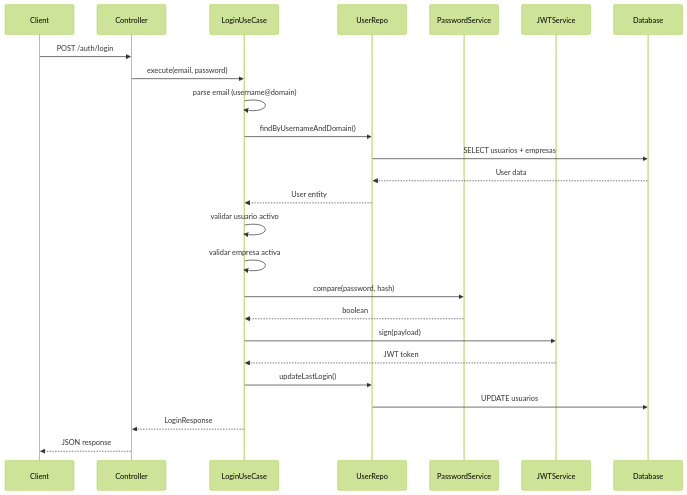
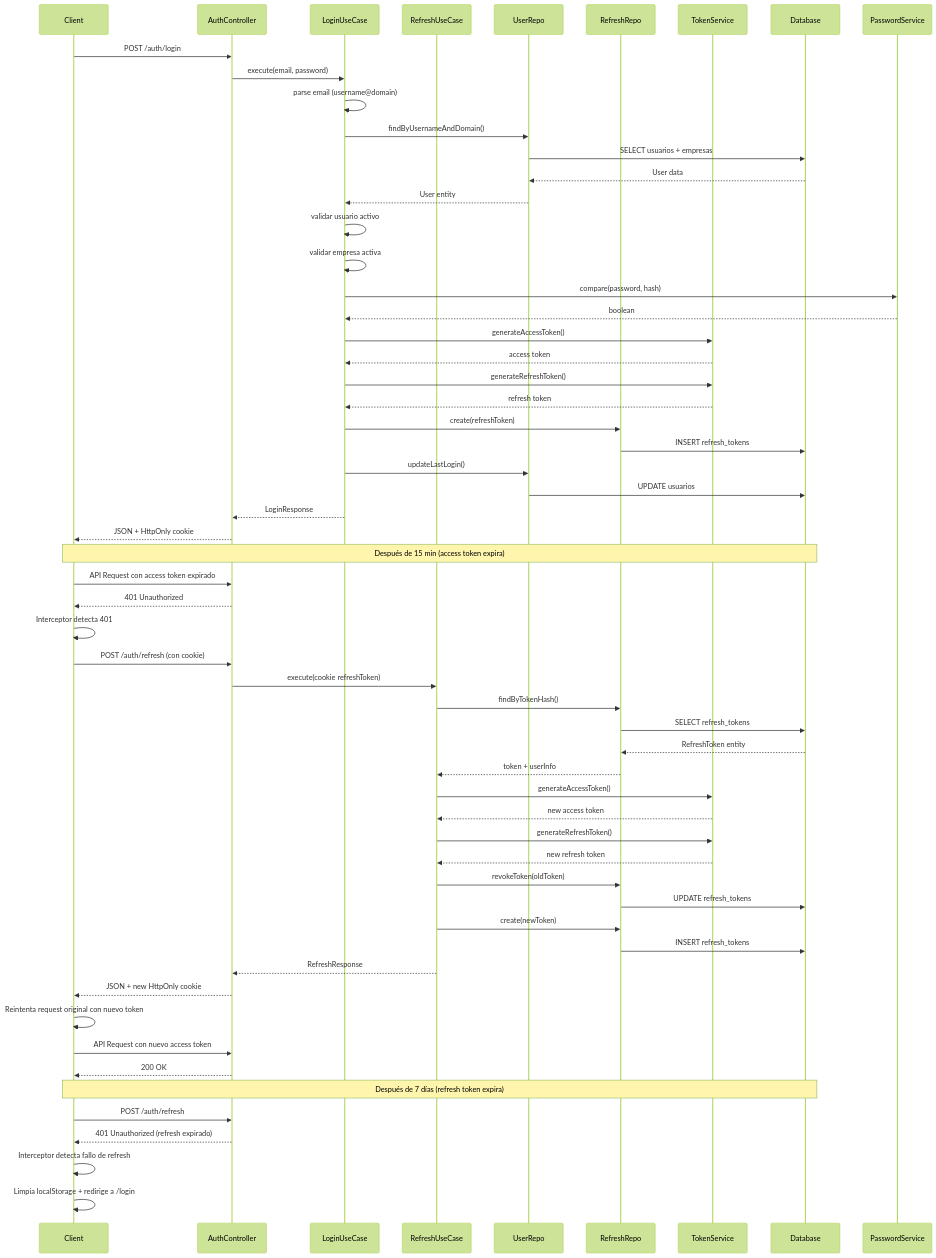
Before and after one commit to juanxbini-dev/saas-turnos-back-mvp: the diagram in docs/LOGIN.md, drawn with Mermaid (forest theme). The commit also changed other lines of this file and 2 other files, not shown here.

First line of the commit message:
feat: mejorar flujo de refresh token y actualizar documentación

````diff
--- a/docs/LOGIN.md
+++ b/docs/LOGIN.md
@@ -195,28 +326,65 @@
 ```mermaid
 sequenceDiagram
     participant Client
-    participant Controller
+    participant AuthController
     participant LoginUseCase
+    participant RefreshUseCase
     participant UserRepo
-    participant PasswordService
-    participant JWTService
+    participant RefreshRepo
+    participant TokenService
     participant Database
 
-    Client->>Controller: POST /auth/login
-    Controller->>LoginUseCase: execute(email, password)
+    Client->>AuthController: POST /auth/login
+    AuthController->>LoginUseCase: execute(email, password)
     LoginUseCase->>LoginUseCase: parse email (username@domain)
     LoginUseCase->>UserRepo: findByUsernameAndDomain()
     UserRepo->>Database: SELECT usuarios + empresas
     Database-->>UserRepo: User data
     UserRepo-->>LoginUseCase: User entity
     LoginUseCase->>LoginUseCase: validar usuario activo
     LoginUseCase->>LoginUseCase: validar empresa activa
     LoginUseCase->>PasswordService: compare(password, hash)
     PasswordService-->>LoginUseCase: boolean
-    LoginUseCase->>JWTService: sign(payload)
-    JWTService-->>LoginUseCase: JWT token
+    LoginUseCase->>TokenService: generateAccessToken()
+    TokenService-->>LoginUseCase: access token
+    LoginUseCase->>TokenService: generateRefreshToken()
+    TokenService-->>LoginUseCase: refresh token
+    LoginUseCase->>RefreshRepo: create(refreshToken)
+    RefreshRepo->>Database: INSERT refresh_tokens
     LoginUseCase->>UserRepo: updateLastLogin()
     UserRepo->>Database: UPDATE usuarios
-    LoginUseCase-->>Controller: LoginResponse
-    Controller-->>Client: JSON response
+    LoginUseCase-->>AuthController: LoginResponse
+    AuthController-->>Client: JSON + HttpOnly cookie
+
+    Note over Client,Database: Después de 15 min (access token expira)
+    
+    Client->>AuthController: API Request con access token expirado
+    AuthController-->>Client: 401 Unauthorized
+    Client->>Client: Interceptor detecta 401
+    Client->>AuthController: POST /auth/refresh (con cookie)
+    AuthController->>RefreshUseCase: execute(cookie refreshToken)
+    RefreshUseCase->>RefreshRepo: findByTokenHash()
+    RefreshRepo->>Database: SELECT refresh_tokens
+    Database-->>RefreshRepo: RefreshToken entity
+    RefreshRepo-->>RefreshUseCase: token + userInfo
+    RefreshUseCase->>TokenService: generateAccessToken()
+    TokenService-->>RefreshUseCase: new access token
+    RefreshUseCase->>TokenService: generateRefreshToken()
+    TokenService-->>RefreshUseCase: new refresh token
+    RefreshUseCase->>RefreshRepo: revokeToken(oldToken)
+    RefreshRepo->>Database: UPDATE refresh_tokens
+    RefreshUseCase->>RefreshRepo: create(newToken)
+    RefreshRepo->>Database: INSERT refresh_tokens
+    RefreshUseCase-->>AuthController: RefreshResponse
+    AuthController-->>Client: JSON + new HttpOnly cookie
+    Client->>Client: Reintenta request original con nuevo token
+    Client->>AuthController: API Request con nuevo access token
+    AuthController-->>Client: 200 OK
+
+    Note over Client,Database: Después de 7 días (refresh token expira)
+    
+    Client->>AuthController: POST /auth/refresh
+    AuthController-->>Client: 401 Unauthorized (refresh expirado)
+    Client->>Client: Interceptor detecta fallo de refresh
+    Client->>Client: Limpia localStorage + redirige a /login
 ```
````
